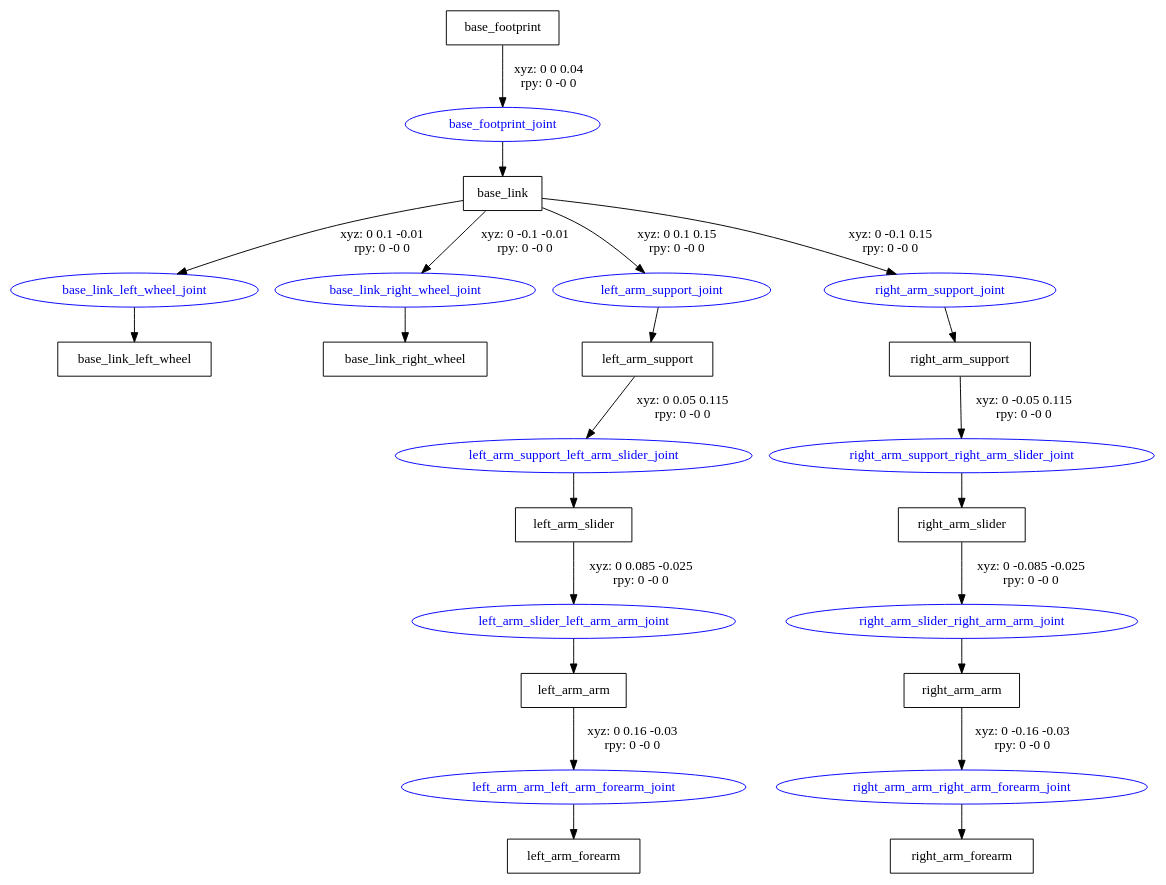
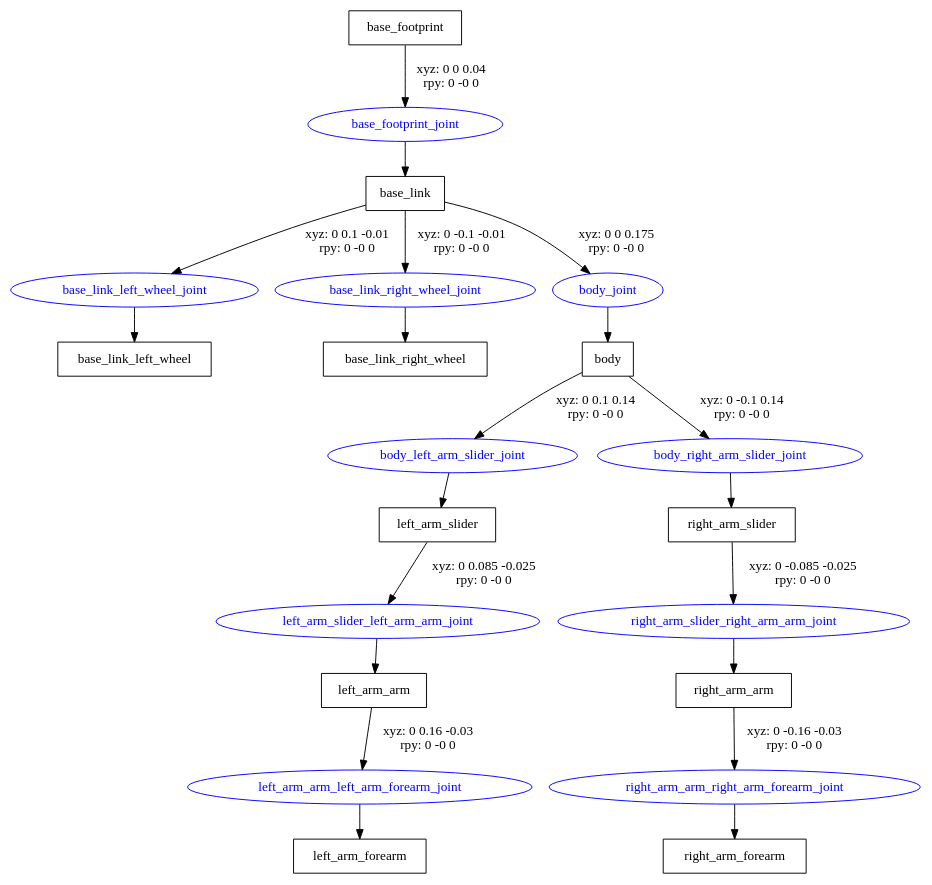
The diagram in debra_description/urdf/debra.gv (cvra/cvra_debra_ros), drawn with Graphviz before and after one commit. The commit also changed 6 other files, not shown here.

Commit message:
Replace arm support links w/ a single body link

```diff
--- a/debra_description/urdf/debra.gv
+++ b/debra_description/urdf/debra.gv
@@ -1,38 +1,35 @@
 digraph G {
 node [shape=box];
 "base_footprint" [label="base_footprint"];
 "base_link" [label="base_link"];
 "base_link_left_wheel" [label="base_link_left_wheel"];
 "base_link_right_wheel" [label="base_link_right_wheel"];
-"left_arm_support" [label="left_arm_support"];
+"body" [label="body"];
 "left_arm_slider" [label="left_arm_slider"];
 "left_arm_arm" [label="left_arm_arm"];
 "left_arm_forearm" [label="left_arm_forearm"];
-"right_arm_support" [label="right_arm_support"];
 "right_arm_slider" [label="right_arm_slider"];
 "right_arm_arm" [label="right_arm_arm"];
 "right_arm_forearm" [label="right_arm_forearm"];
 node [shape=ellipse, color=blue, fontcolor=blue];
 "base_footprint" -> "base_footprint_joint" [label="xyz: 0 0 0.04 \nrpy: 0 -0 0"]
 "base_footprint_joint" -> "base_link"
 "base_link" -> "base_link_left_wheel_joint" [label="xyz: 0 0.1 -0.01 \nrpy: 0 -0 0"]
 "base_link_left_wheel_joint" -> "base_link_left_wheel"
 "base_link" -> "base_link_right_wheel_joint" [label="xyz: 0 -0.1 -0.01 \nrpy: 0 -0 0"]
 "base_link_right_wheel_joint" -> "base_link_right_wheel"
-"base_link" -> "left_arm_support_joint" [label="xyz: 0 0.1 0.15 \nrpy: 0 -0 0"]
-"left_arm_support_joint" -> "left_arm_support"
-"left_arm_support" -> "left_arm_support_left_arm_slider_joint" [label="xyz: 0 0.05 0.115 \nrpy: 0 -0 0"]
-"left_arm_support_left_arm_slider_joint" -> "left_arm_slider"
+"base_link" -> "body_joint" [label="xyz: 0 0 0.175 \nrpy: 0 -0 0"]
+"body_joint" -> "body"
+"body" -> "body_left_arm_slider_joint" [label="xyz: 0 0.1 0.14 \nrpy: 0 -0 0"]
+"body_left_arm_slider_joint" -> "left_arm_slider"
 "left_arm_slider" -> "left_arm_slider_left_arm_arm_joint" [label="xyz: 0 0.085 -0.025 \nrpy: 0 -0 0"]
 "left_arm_slider_left_arm_arm_joint" -> "left_arm_arm"
 "left_arm_arm" -> "left_arm_arm_left_arm_forearm_joint" [label="xyz: 0 0.16 -0.03 \nrpy: 0 -0 0"]
 "left_arm_arm_left_arm_forearm_joint" -> "left_arm_forearm"
-"base_link" -> "right_arm_support_joint" [label="xyz: 0 -0.1 0.15 \nrpy: 0 -0 0"]
-"right_arm_support_joint" -> "right_arm_support"
-"right_arm_support" -> "right_arm_support_right_arm_slider_joint" [label="xyz: 0 -0.05 0.115 \nrpy: 0 -0 0"]
-"right_arm_support_right_arm_slider_joint" -> "right_arm_slider"
+"body" -> "body_right_arm_slider_joint" [label="xyz: 0 -0.1 0.14 \nrpy: 0 -0 0"]
+"body_right_arm_slider_joint" -> "right_arm_slider"
 "right_arm_slider" -> "right_arm_slider_right_arm_arm_joint" [label="xyz: 0 -0.085 -0.025 \nrpy: 0 -0 0"]
 "right_arm_slider_right_arm_arm_joint" -> "right_arm_arm"
 "right_arm_arm" -> "right_arm_arm_right_arm_forearm_joint" [label="xyz: 0 -0.16 -0.03 \nrpy: 0 -0 0"]
 "right_arm_arm_right_arm_forearm_joint" -> "right_arm_forearm"
 }
```
